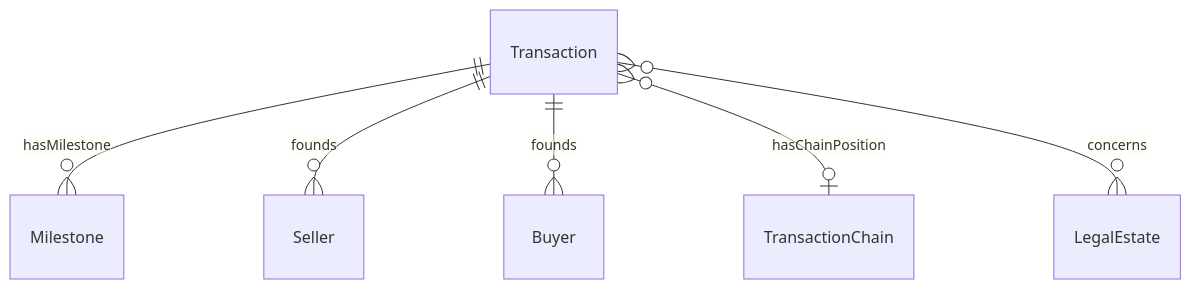
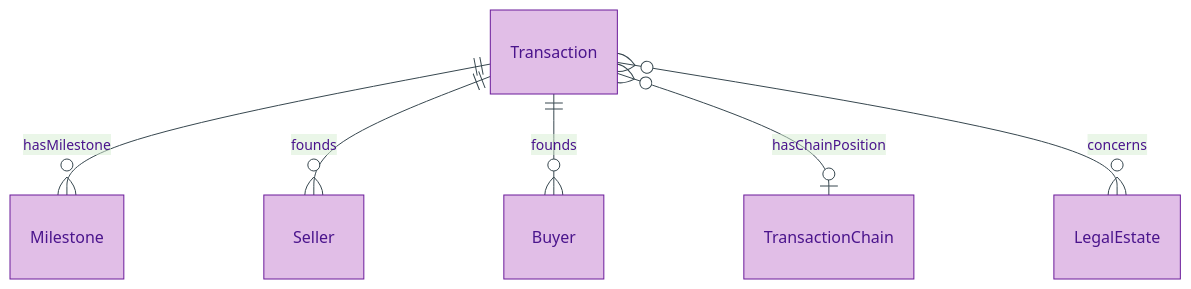
Before and after one commit to sparkling/opda: the first of 2 diagrams in docs/manual/logical/transaction/transaction.md, drawn with Mermaid. The commit also changed other lines of this file and 179 other files, not shown here.

First line of the commit message:
docs(manual): Logical-tier diagram expansion via /diagramming skill

````diff
--- a/docs/manual/logical/transaction/transaction.md
+++ b/docs/manual/logical/transaction/transaction.md
@@ -36,8 +41,12 @@
 ```mermaid
+%%{init: {"theme": "base", "themeVariables": {"primaryColor": "#E1BEE7", "primaryTextColor": "#4A148C", "primaryBorderColor": "#6A1B9A", "lineColor": "#37474F"}}}%%
 erDiagram
+    accTitle: Transaction — Entity-Relationship Diagram
+    accDescr: Direct-neighbour view of Transaction Relator — hasMilestone Milestones, founds Seller and Buyer Roles, optional TransactionChain position, concerns LegalEstate.
+
     Transaction ||--o{ Milestone : "hasMilestone"
     Transaction ||--o{ Seller : "founds"
     Transaction ||--o{ Buyer : "founds"
     Transaction }o--o| TransactionChain : "hasChainPosition"
     Transaction }o--o{ LegalEstate : "concerns"
 ```
````
